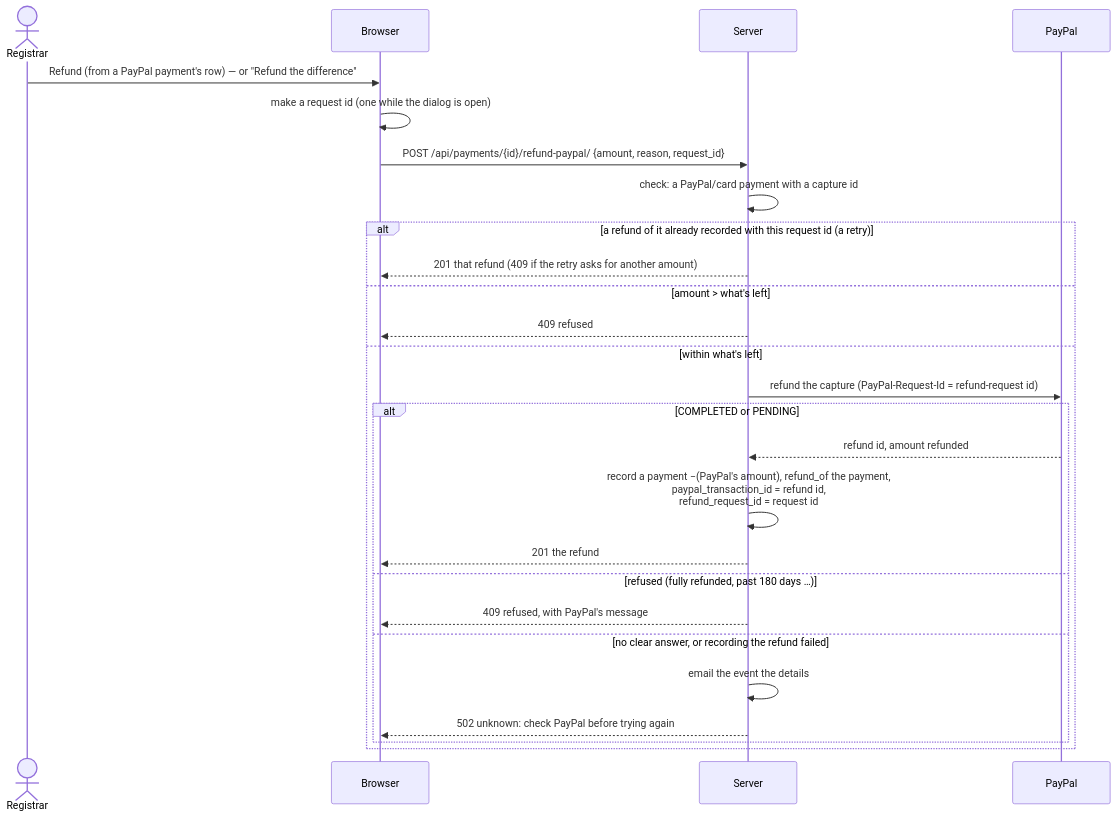
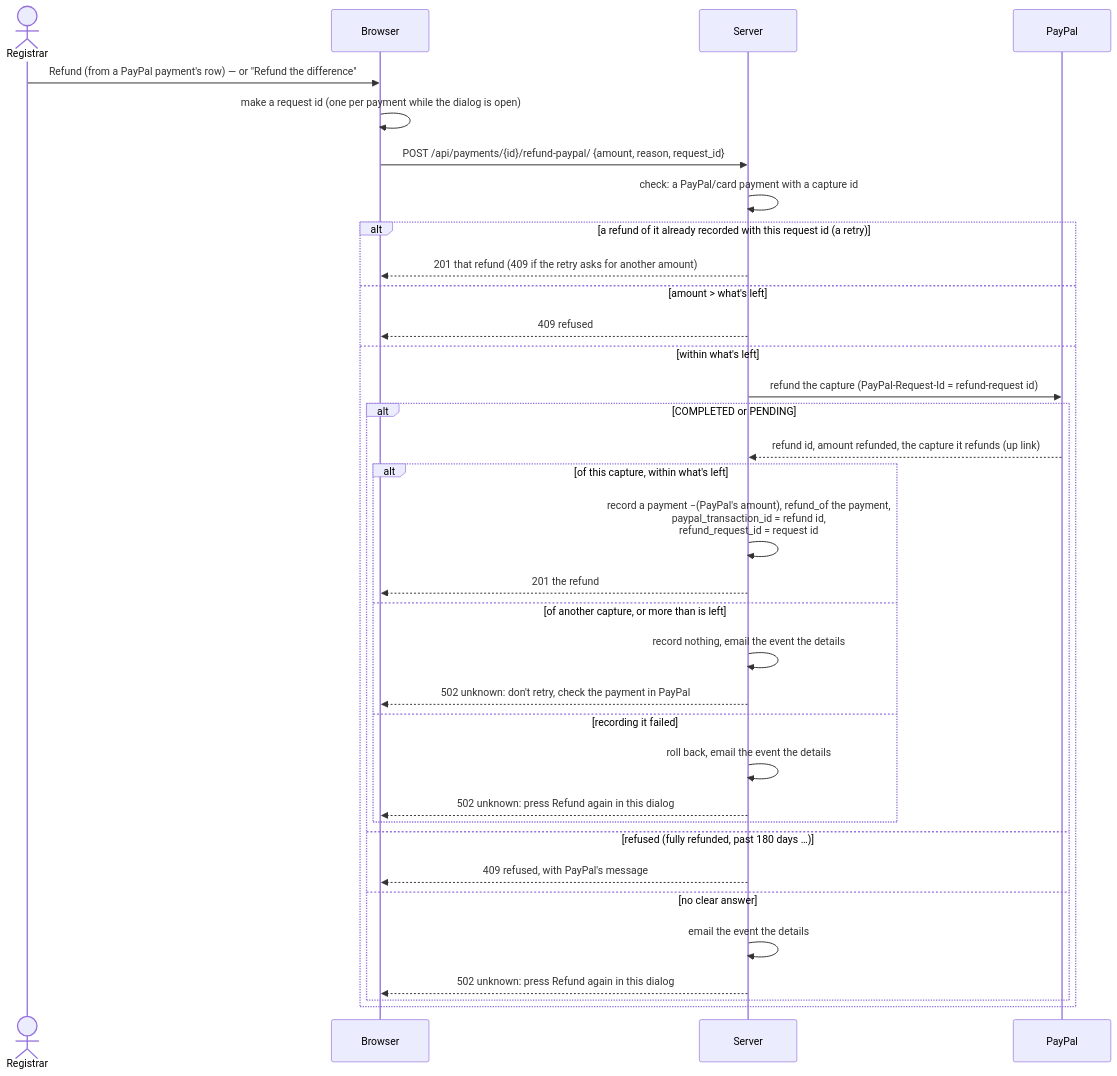
The ninth of 12 diagrams in doc/payments.md (camphoric/camphoric), drawn with Mermaid before and after one commit. The commit also changed other lines of this file and 6 other files, not shown here.

First line of the commit message:
fix(payments): guard refund records against PayPal's reply, races and deleted payments

````diff
--- a/doc/payments.md
+++ b/doc/payments.md
@@ -427,28 +436,36 @@
 ```mermaid
 sequenceDiagram
     actor A as Registrar
     participant B as Browser
     participant S as Server
     participant P as PayPal
     A->>B: Refund (from a PayPal payment's row) — or "Refund the difference"
-    B->>B: make a request id (one while the dialog is open)
+    B->>B: make a request id (one per payment while the dialog is open)
     B->>S: POST /api/payments/{id}/refund-paypal/ {amount, reason, request_id}
     S->>S: check: a PayPal/card payment with a capture id
     alt a refund of it already recorded with this request id (a retry)
         S-->>B: 201 that refund (409 if the retry asks for another amount)
     else amount > what's left
         S-->>B: 409 refused
     else within what's left
         S->>P: refund the capture (PayPal-Request-Id = refund-request id)
         alt COMPLETED or PENDING
-            P-->>S: refund id, amount refunded
-            S->>S: record a payment −(PayPal's amount), refund_of the payment,<br/>paypal_transaction_id = refund id,<br/>refund_request_id = request id
-            S-->>B: 201 the refund
+            P-->>S: refund id, amount refunded, the capture it refunds (up link)
+            alt of this capture, within what's left
+                S->>S: record a payment −(PayPal's amount), refund_of the payment,<br/>paypal_transaction_id = refund id,<br/>refund_request_id = request id
+                S-->>B: 201 the refund
+            else of another capture, or more than is left
+                S->>S: record nothing, email the event the details
+                S-->>B: 502 unknown: don't retry, check the payment in PayPal
+            else recording it failed
+                S->>S: roll back, email the event the details
+                S-->>B: 502 unknown: press Refund again in this dialog
+            end
         else refused (fully refunded, past 180 days …)
             S-->>B: 409 refused, with PayPal's message
-        else no clear answer, or recording the refund failed
+        else no clear answer
             S->>S: email the event the details
-            S-->>B: 502 unknown: check PayPal before trying again
+            S-->>B: 502 unknown: press Refund again in this dialog
         end
     end
 ```
````
